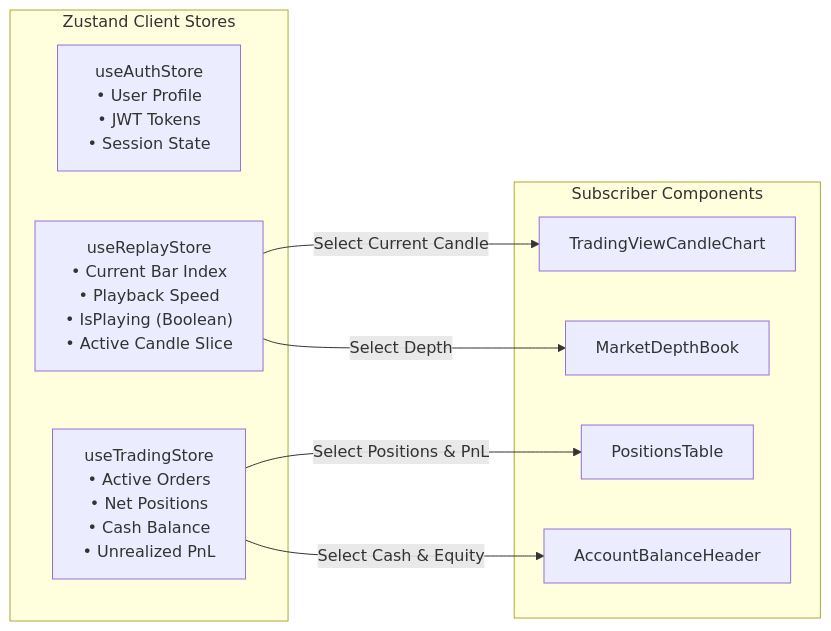
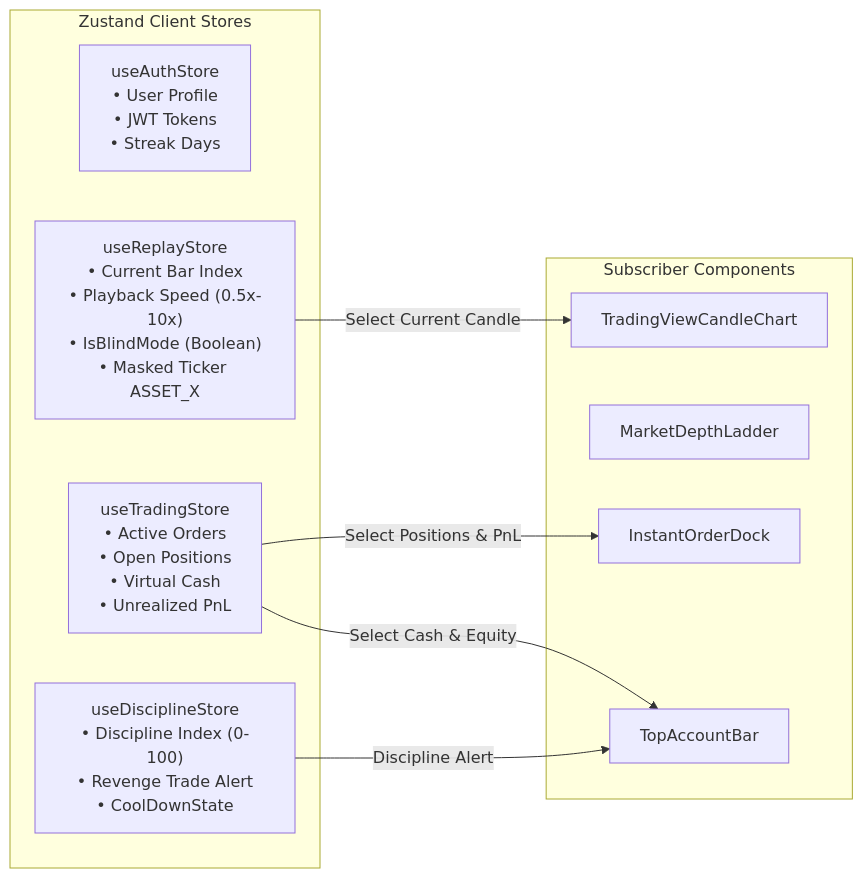
The second of 2 diagrams in docs/FRONTEND_ARCHITECTURE.md (dyannadle/MarketMaster), drawn with Mermaid before and after one commit. The commit also changed other lines of this file and 12 other files, not shown here.

````diff
--- a/docs/FRONTEND_ARCHITECTURE.md
+++ b/docs/FRONTEND_ARCHITECTURE.md
@@ -43,20 +64,21 @@
 ```mermaid
 flowchart LR
     subgraph StateStores["Zustand Client Stores"]
-        AuthStore["useAuthStore<br/>• User Profile<br/>• JWT Tokens<br/>• Session State"]
-        TradingStore["useTradingStore<br/>• Active Orders<br/>• Net Positions<br/>• Cash Balance<br/>• Unrealized PnL"]
-        ReplayStore["useReplayStore<br/>• Current Bar Index<br/>• Playback Speed<br/>• IsPlaying (Boolean)<br/>• Active Candle Slice"]
+        AuthStore["useAuthStore<br/>• User Profile<br/>• JWT Tokens<br/>• Streak Days"]
+        TradingStore["useTradingStore<br/>• Active Orders<br/>• Open Positions<br/>• Virtual Cash<br/>• Unrealized PnL"]
+        ReplayStore["useReplayStore<br/>• Current Bar Index<br/>• Playback Speed (0.5x-10x)<br/>• IsBlindMode (Boolean)<br/>• Masked Ticker ASSET_X"]
+        DisciplineStore["useDisciplineStore<br/>• Discipline Index (0-100)<br/>• Revenge Trade Alert<br/>• CoolDownState"]
     end
 
     subgraph UIComponents["Subscriber Components"]
         ChartComp["TradingViewCandleChart"]
-        DepthComp["MarketDepthBook"]
-        PositionsComp["PositionsTable"]
-        HeaderComp["AccountBalanceHeader"]
+        DepthComp["MarketDepthLadder"]
+        OrderDockComp["InstantOrderDock"]
+        HeaderComp["TopAccountBar"]
     end
 
-    TradingStore -->|Select Positions & PnL| PositionsComp
+    TradingStore -->|Select Positions & PnL| OrderDockComp
     TradingStore -->|Select Cash & Equity| HeaderComp
     ReplayStore -->|Select Current Candle| ChartComp
-    ReplayStore -->|Select Depth| DepthComp
+    DisciplineStore -->|Discipline Alert| HeaderComp
 ```
````
